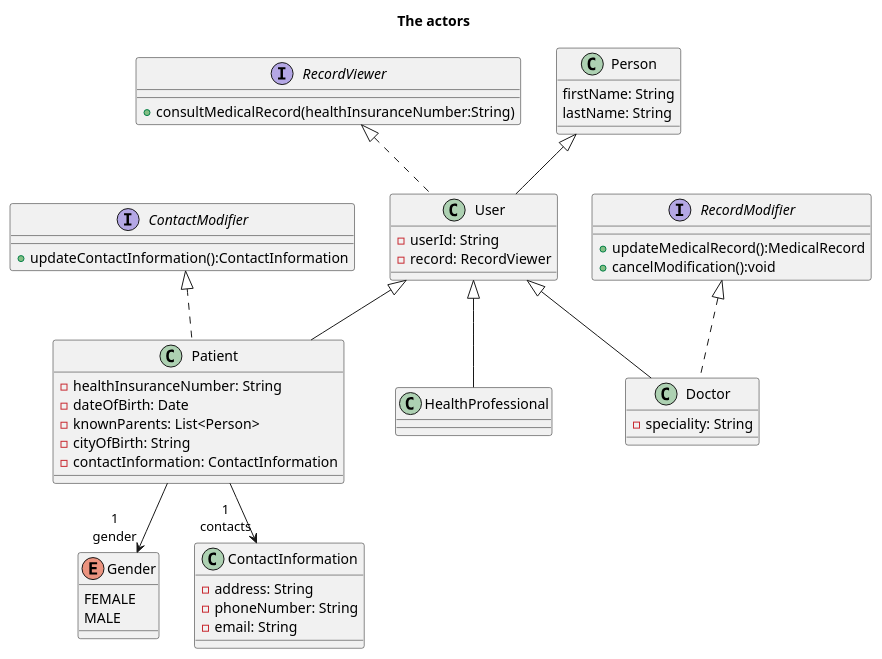
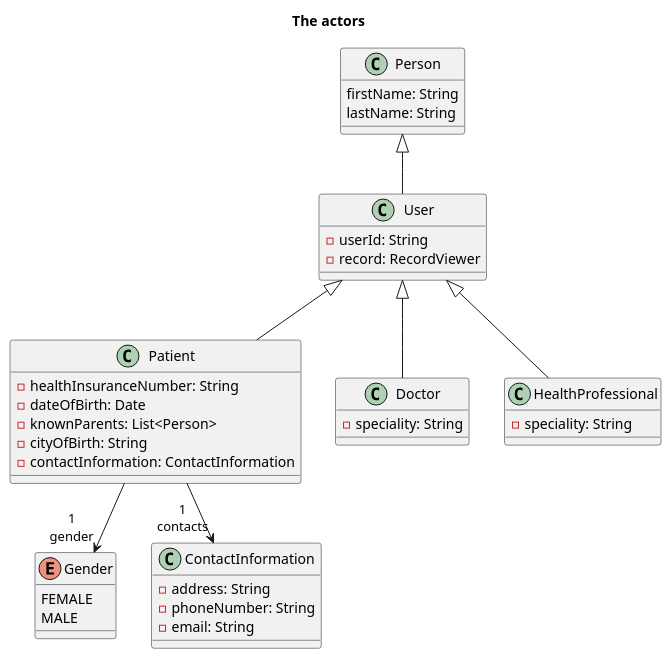
Before and after one commit to CyberFery/med: the second of 4 diagrams in _models/classDiagram/class-diagram.puml, drawn with PlantUML. The commit also changed other lines of this file and 5 other files, not shown here.

Commit message:
Write descriptions for class diagrams

```diff
--- a/_models/classDiagram/class-diagram.puml
+++ b/_models/classDiagram/class-diagram.puml
@@ -54,58 +56,45 @@
-@startuml users
+@startuml Users
 
 title "The actors"
-
-interface ContactModifier {
-+updateContactInformation():ContactInformation
-}
-
-interface RecordViewer {
-+consultMedicalRecord(healthInsuranceNumber:String)
-}
-
-interface RecordModifier {
-+updateMedicalRecord():MedicalRecord
-+cancelModification():void
-}
 
 class Person {
 firstName: String
 lastName: String
 }
 
-class User extends Person implements RecordViewer {
+class User extends Person {
 -userId: String
 -record: RecordViewer
 }
 
-class Patient extends User implements ContactModifier {
+class Patient extends User  {
 -healthInsuranceNumber: String
 -dateOfBirth: Date
 -knownParents: List<Person>
 -cityOfBirth: String
 -contactInformation: ContactInformation
 }
 
 enum Gender {
 FEMALE
 MALE
 }
 
-class ContactInformation{
+class ContactInformation {
 -address: String
 -phoneNumber: String
 -email: String
 }
 
-class Doctor extends User implements RecordModifier{
+class Doctor extends User {
 -speciality: String
 }
 
 class HealthProfessional extends User {
-
+-speciality: String
 }
 
 Patient --> "1\ngender" Gender
 Patient --> "1\ncontacts" ContactInformation
 
 @enduml
```
